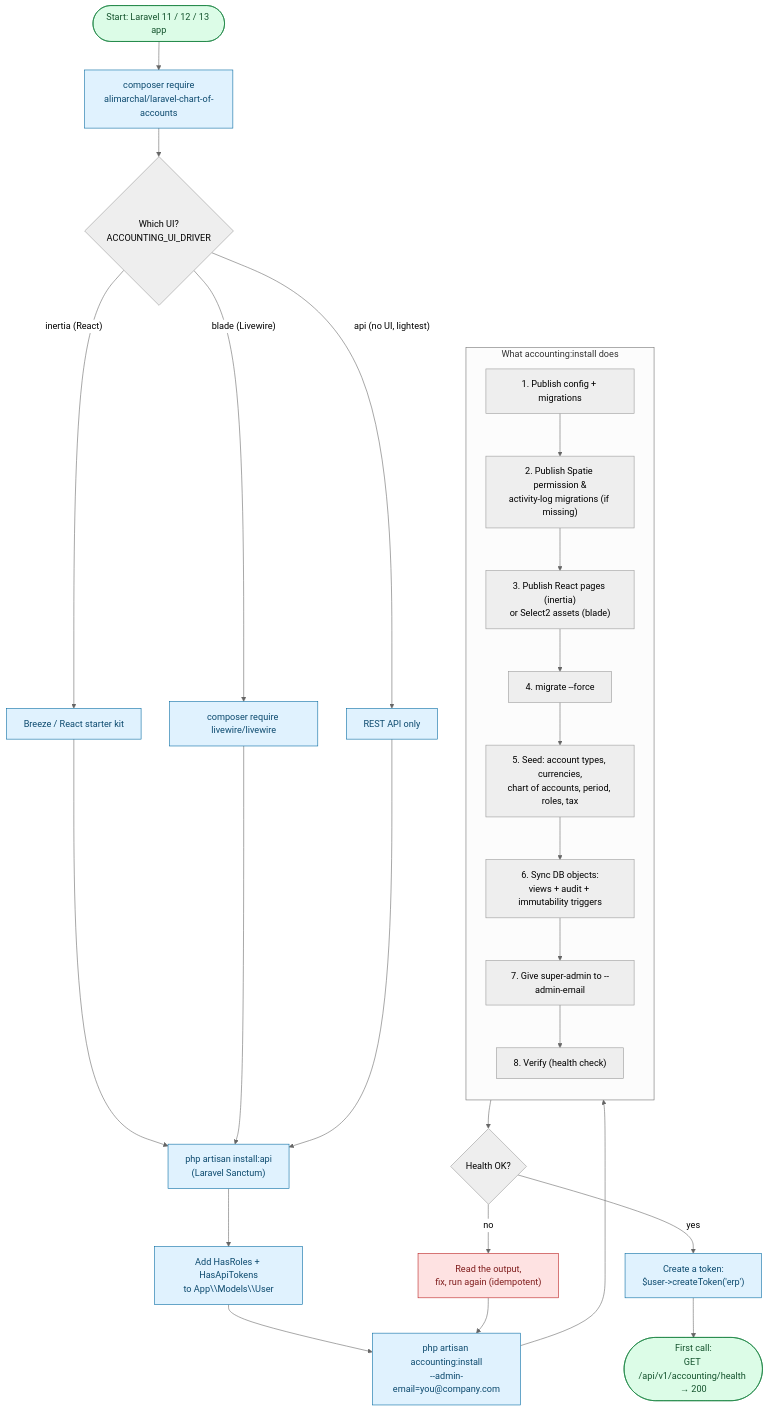
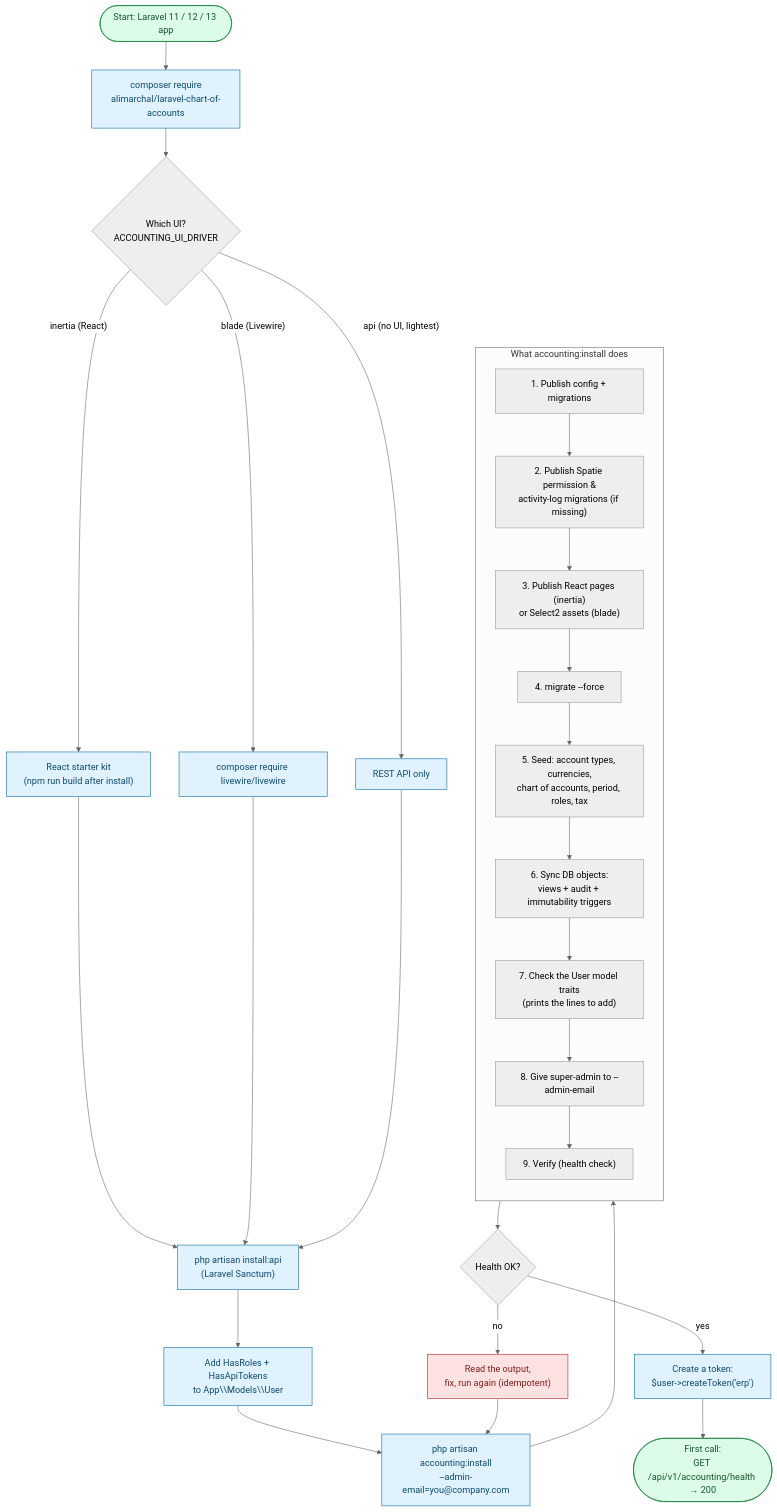
One commit to alimarchal/laravel-chart-of-accounts-package changed the diagram in docs/diagrams/02-installation.mmd. Above: the diagram before and after it, drawn with Mermaid (neutral theme). The commit also changed 43 other files, not shown here.

First line of the commit message:
Paginated cash flow, one-command upgrades, docs for 2.1

```diff
--- a/docs/diagrams/02-installation.mmd
+++ b/docs/diagrams/02-installation.mmd
@@ -1,36 +1,37 @@
 flowchart TD
     A(["Start: Laravel 11 / 12 / 13 app"]) --> B["composer require<br/>alimarchal/laravel-chart-of-accounts"]
     B --> C{"Which UI?<br/>ACCOUNTING_UI_DRIVER"}
-    C -->|"inertia (React)"| C1["Breeze / React starter kit"]
+    C -->|"inertia (React)"| C1["React starter kit<br/>(npm run build after install)"]
     C -->|"blade (Livewire)"| C2["composer require livewire/livewire"]
     C -->|"api (no UI, lightest)"| C3["REST API only"]
     C1 --> D
     C2 --> D
     C3 --> D
     D["php artisan install:api<br/>(Laravel Sanctum)"] --> E["Add HasRoles + HasApiTokens<br/>to App\\Models\\User"]
     E --> F["php artisan accounting:install<br/>--admin-email=you@company.com"]
 
     subgraph Install["What accounting:install does"]
         direction TB
         F1["1. Publish config + migrations"] --> F2["2. Publish Spatie permission &<br/>activity-log migrations (if missing)"]
         F2 --> F3["3. Publish React pages (inertia)<br/>or Select2 assets (blade)"]
         F3 --> F4["4. migrate --force"]
         F4 --> F5["5. Seed: account types, currencies,<br/>chart of accounts, period, roles, tax"]
         F5 --> F6["6. Sync DB objects:<br/>views + audit + immutability triggers"]
-        F6 --> F7["7. Give super-admin to --admin-email"]
-        F7 --> F8["8. Verify (health check)"]
+        F6 --> F6b["7. Check the User model traits<br/>(prints the lines to add)"]
+        F6b --> F7["8. Give super-admin to --admin-email"]
+        F7 --> F8["9. Verify (health check)"]
     end
 
     F --> F1
     F8 --> G{"Health OK?"}
     G -->|no| H["Read the output,<br/>fix, run again (idempotent)"]
     H --> F
     G -->|yes| I["Create a token:<br/>$user->createToken('erp')"]
     I --> J(["First call:<br/>GET /api/v1/accounting/health → 200"])
 
     classDef step fill:#e0f2fe,stroke:#0369a1,color:#0c4a6e
     classDef ok fill:#dcfce7,stroke:#15803d,color:#14532d
     classDef warn fill:#fee2e2,stroke:#b91c1c,color:#7f1d1d
     class B,D,E,F,I,C1,C2,C3 step
     class J,A ok
     class H warn
```
